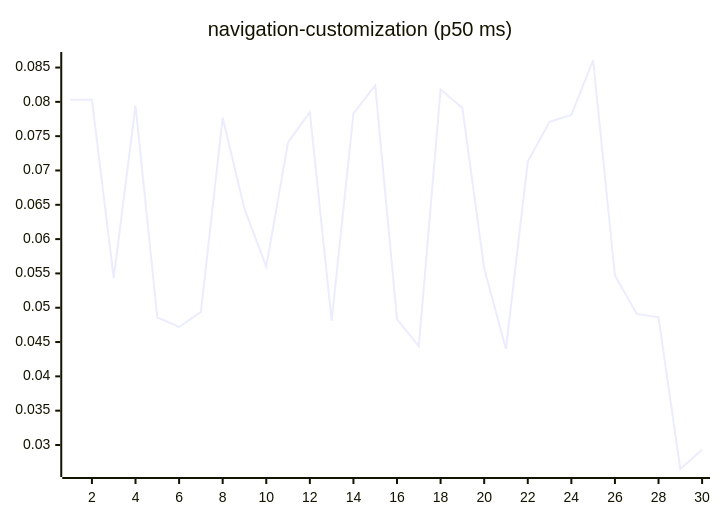
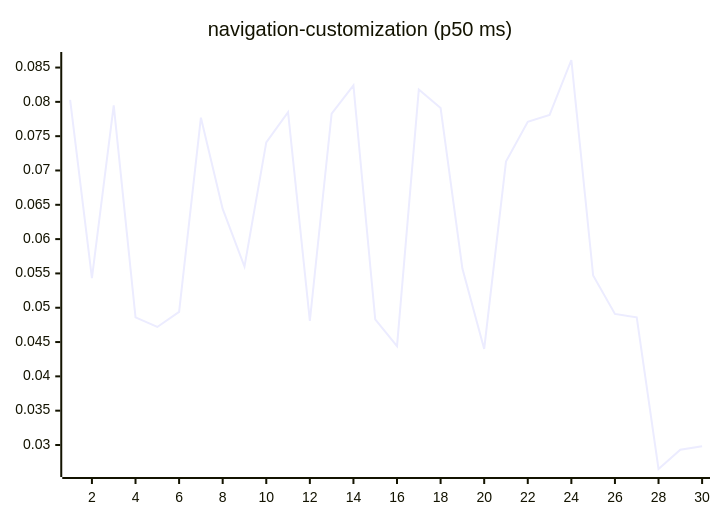
One commit to josha/Facet changed diagram 15 of 27 in README.md. Above: the diagram before and after it, drawn with Mermaid. The commit also changed other lines of this file and 2 other files, not shown here.

````diff
--- a/README.md
+++ b/README.md
@@ -161,6 +161,6 @@
 ```mermaid
 xychart-beta
     title "navigation-customization (p50 ms)"
     x-axis 1 --> 30
-    line [0.0803, 0.0803, 0.0543, 0.0795, 0.0486, 0.0472, 0.0494, 0.0777, 0.0644, 0.0560, 0.0741, 0.0785, 0.0481, 0.0783, 0.0824, 0.0483, 0.0444, 0.0818, 0.0791, 0.0557, 0.0440, 0.0713, 0.0771, 0.0781, 0.0861, 0.0547, 0.0491, 0.0486, 0.0265, 0.0293]
+    line [0.0803, 0.0543, 0.0795, 0.0486, 0.0472, 0.0494, 0.0777, 0.0644, 0.0560, 0.0741, 0.0785, 0.0481, 0.0783, 0.0824, 0.0483, 0.0444, 0.0818, 0.0791, 0.0557, 0.0440, 0.0713, 0.0771, 0.0781, 0.0861, 0.0547, 0.0491, 0.0486, 0.0265, 0.0293, 0.0298]
 ```
````
